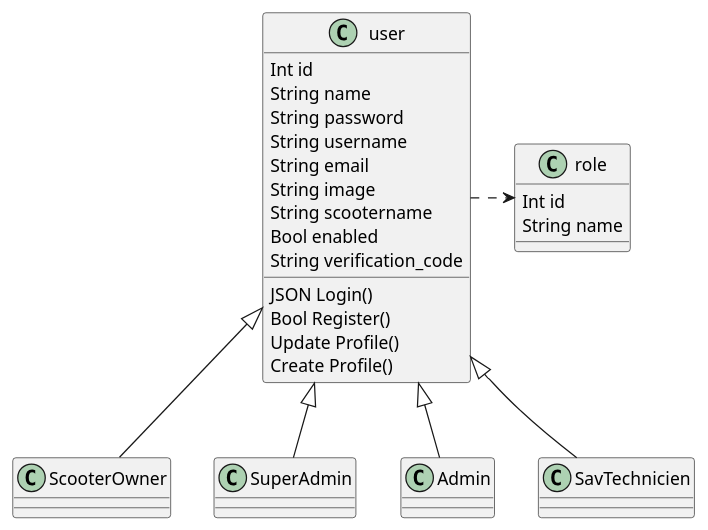
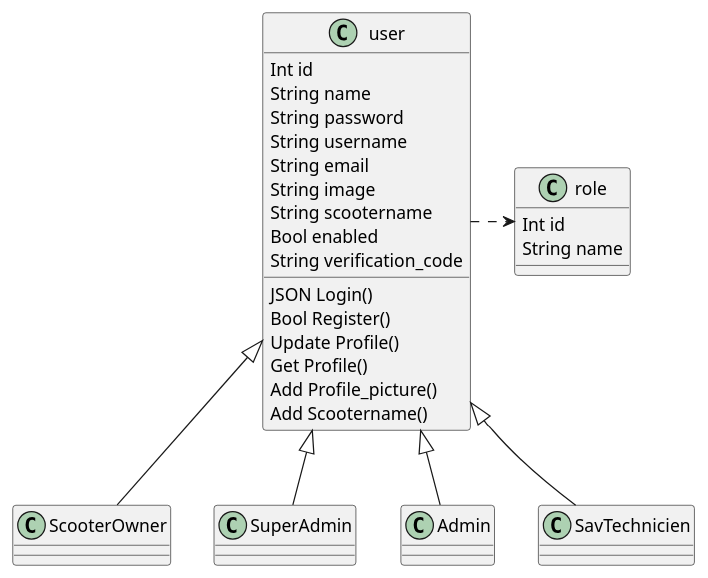
Before and after one commit to smurfsDev/pixii-project: the diagram in rapport/class/profile_class_diagrame.wsd, drawn with PlantUML. The commit also changed 2 other files, not shown here.

```diff
--- a/rapport/class/profile_class_diagrame.wsd
+++ b/rapport/class/profile_class_diagrame.wsd
@@ -1,37 +1,38 @@
 @startuml profile_class_diagram
 
 Class user {
     Int id
     String name
     String password
     String username
     String email
     String image
     String scootername
     Bool enabled
     String verification_code
 
-    
+
     JSON Login()
     Bool Register()
     Update Profile()
-    Create Profile()
-    
+    Get Profile()
+    Add Profile_picture()
+    Add Scootername()
 }
 
 Class role{
     Int id
     String name
 }
 
 user .right.> role
 Class ScooterOwner{
 
 }
 top to bottom direction
 user <|-- SuperAdmin
 user <|-- Admin
 user <|-- SavTechnicien
 user <|-- ScooterOwner
 
 @enduml
```
